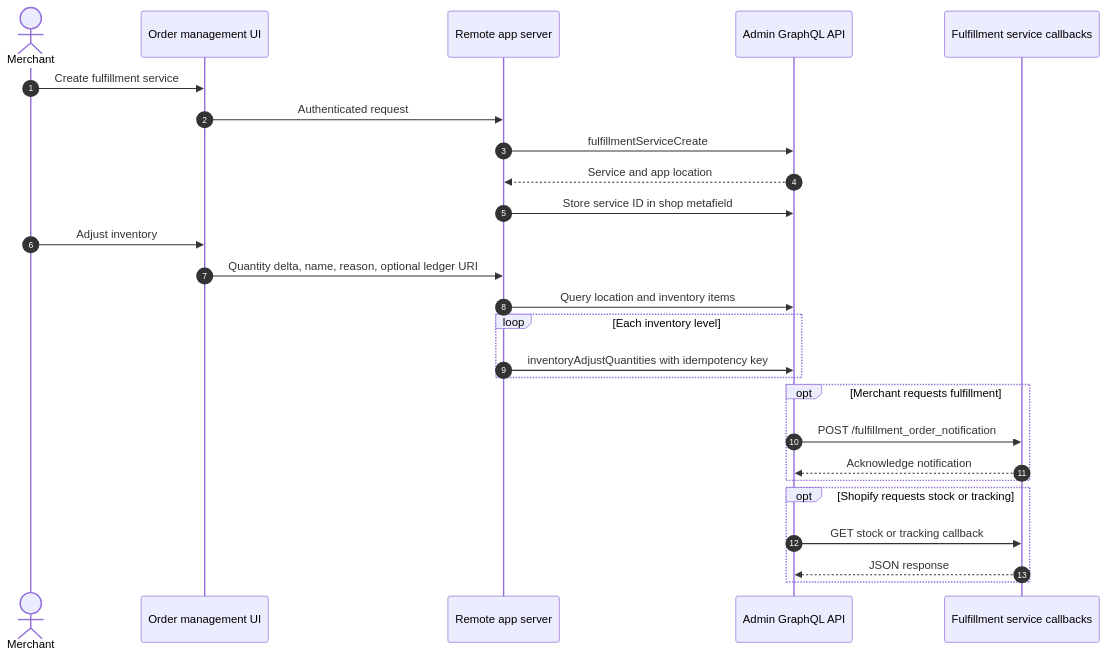
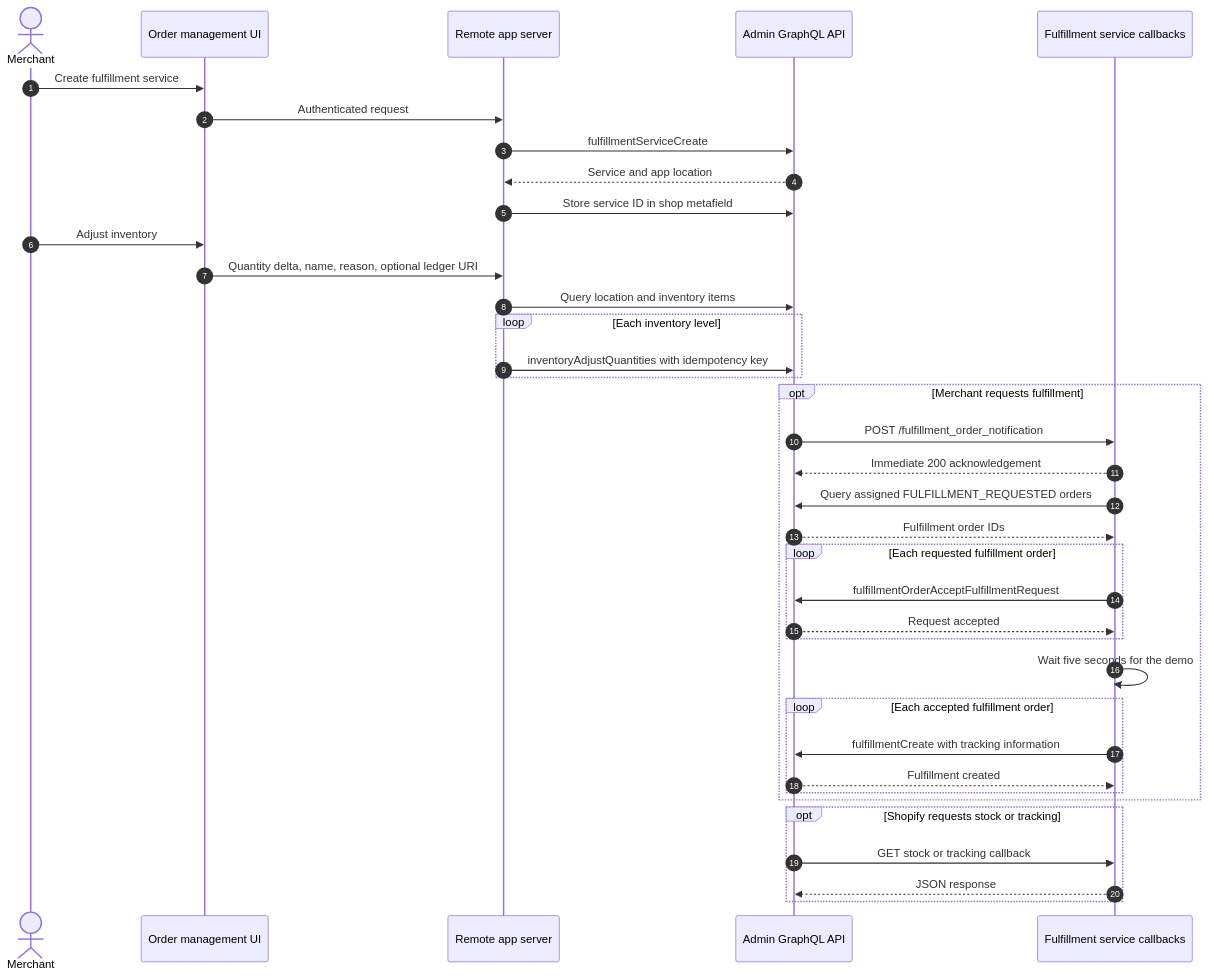
The second of 3 diagrams in docs/13-ordermanage.md (benzookapi/shopify-barebone-app-sample), drawn with Mermaid before and after one commit. The commit also changed other lines of this file and 6 other files, not shown here.

Commit message:
Restore fulfillment service request processing

````diff
--- a/docs/13-ordermanage.md
+++ b/docs/13-ordermanage.md
@@ -43,29 +43,40 @@
 ```mermaid
 sequenceDiagram
     autonumber
     actor Merchant
     participant UI as Order management UI
     participant App as Remote app server
     participant API as Admin GraphQL API
     participant Service as Fulfillment service callbacks
 
     Merchant->>UI: Create fulfillment service
     UI->>App: Authenticated request
     App->>API: fulfillmentServiceCreate
     API-->>App: Service and app location
     App->>API: Store service ID in shop metafield
     Merchant->>UI: Adjust inventory
     UI->>App: Quantity delta, name, reason, optional ledger URI
     App->>API: Query location and inventory items
     loop Each inventory level
         App->>API: inventoryAdjustQuantities with idempotency key
     end
     opt Merchant requests fulfillment
         API->>Service: POST /fulfillment_order_notification
-        Service-->>API: Acknowledge notification
+        Service-->>API: Immediate 200 acknowledgement
+        Service->>API: Query assigned FULFILLMENT_REQUESTED orders
+        API-->>Service: Fulfillment order IDs
+        loop Each requested fulfillment order
+            Service->>API: fulfillmentOrderAcceptFulfillmentRequest
+            API-->>Service: Request accepted
+        end
+        Service->>Service: Wait five seconds for the demo
+        loop Each accepted fulfillment order
+            Service->>API: fulfillmentCreate with tracking information
+            API-->>Service: Fulfillment created
+        end
     end
     opt Shopify requests stock or tracking
         API->>Service: GET stock or tracking callback
         Service-->>API: JSON response
     end
 ```
````
